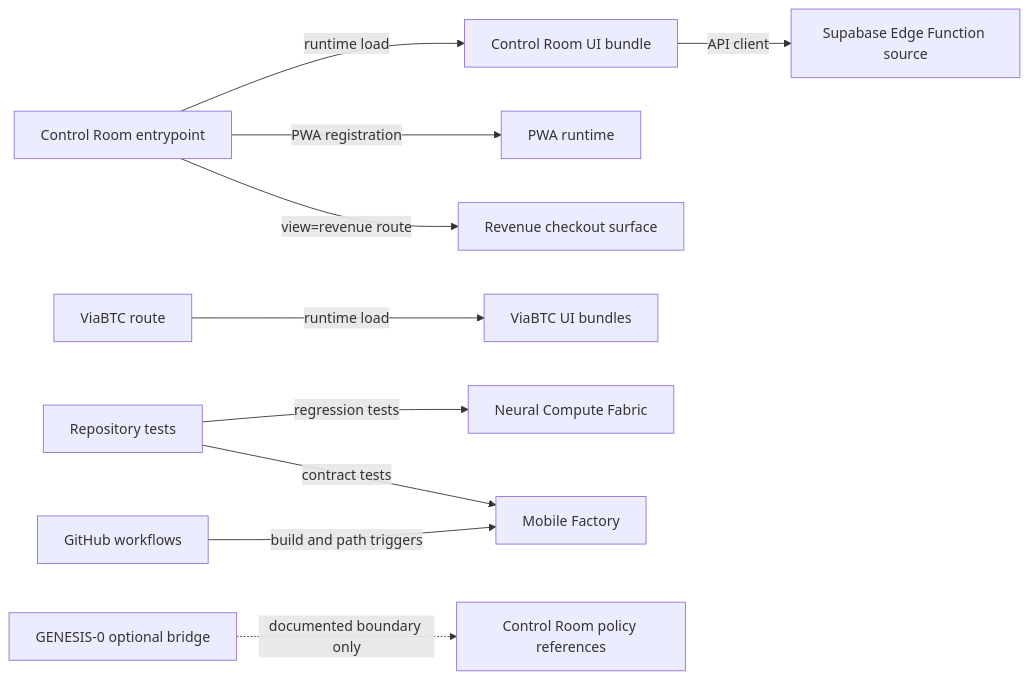
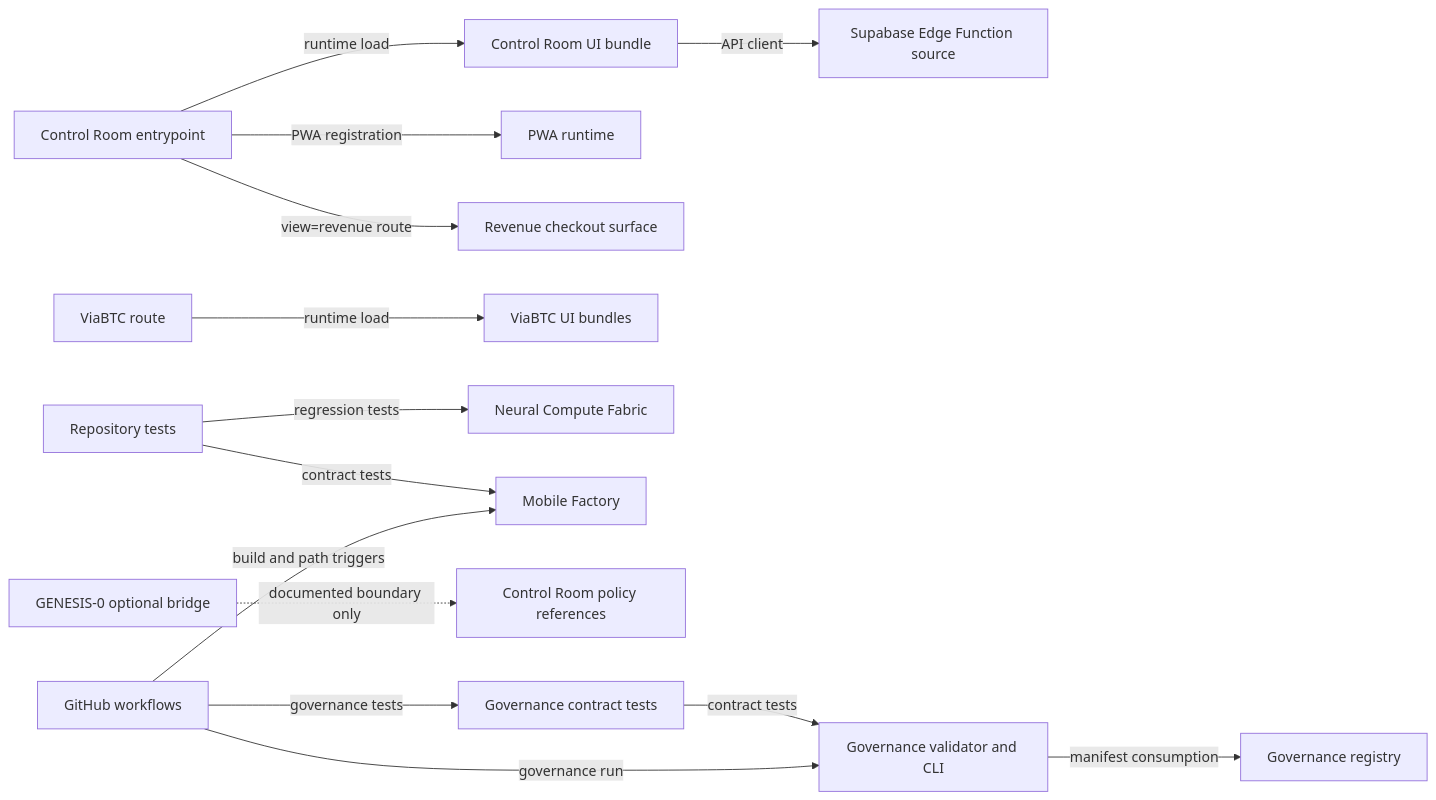
Before and after one commit to Sirahwaz/Control-room: the diagram in docs/architecture/DEPENDENCY_MAP.md, drawn with Mermaid. The commit also changed other lines of this file, not shown here.

Commit message:
docs: update governance DEPENDENCY_MAP.md

````diff
--- a/docs/architecture/DEPENDENCY_MAP.md
+++ b/docs/architecture/DEPENDENCY_MAP.md
@@ -5,26 +5,33 @@
 ```mermaid
 flowchart LR
   ENTRY[Control Room entrypoint]
   UI[Control Room UI bundle]
   PWA[PWA runtime]
   REV[Revenue checkout surface]
   API[Supabase Edge Function source]
   VROUTE[ViaBTC route]
   VASSETS[ViaBTC UI bundles]
   TESTS[Repository tests]
   MNCF[Neural Compute Fabric]
   MOBILE[Mobile Factory]
   CI[GitHub workflows]
   G0[GENESIS-0 optional bridge]
   POLICY[Control Room policy references]
+  GOVREG[Governance registry]
+  GOVTOOL[Governance validator and CLI]
+  GOVTEST[Governance contract tests]
 
   ENTRY -->|runtime load| UI
   ENTRY -->|PWA registration| PWA
   ENTRY -->|view=revenue route| REV
   UI -->|API client| API
   VROUTE -->|runtime load| VASSETS
   TESTS -->|regression tests| MNCF
   TESTS -->|contract tests| MOBILE
   CI -->|build and path triggers| MOBILE
   G0 -.->|documented boundary only| POLICY
+  GOVTOOL -->|manifest consumption| GOVREG
+  GOVTEST -->|contract tests| GOVTOOL
+  CI -->|governance run| GOVTOOL
+  CI -->|governance tests| GOVTEST
 ```
````
